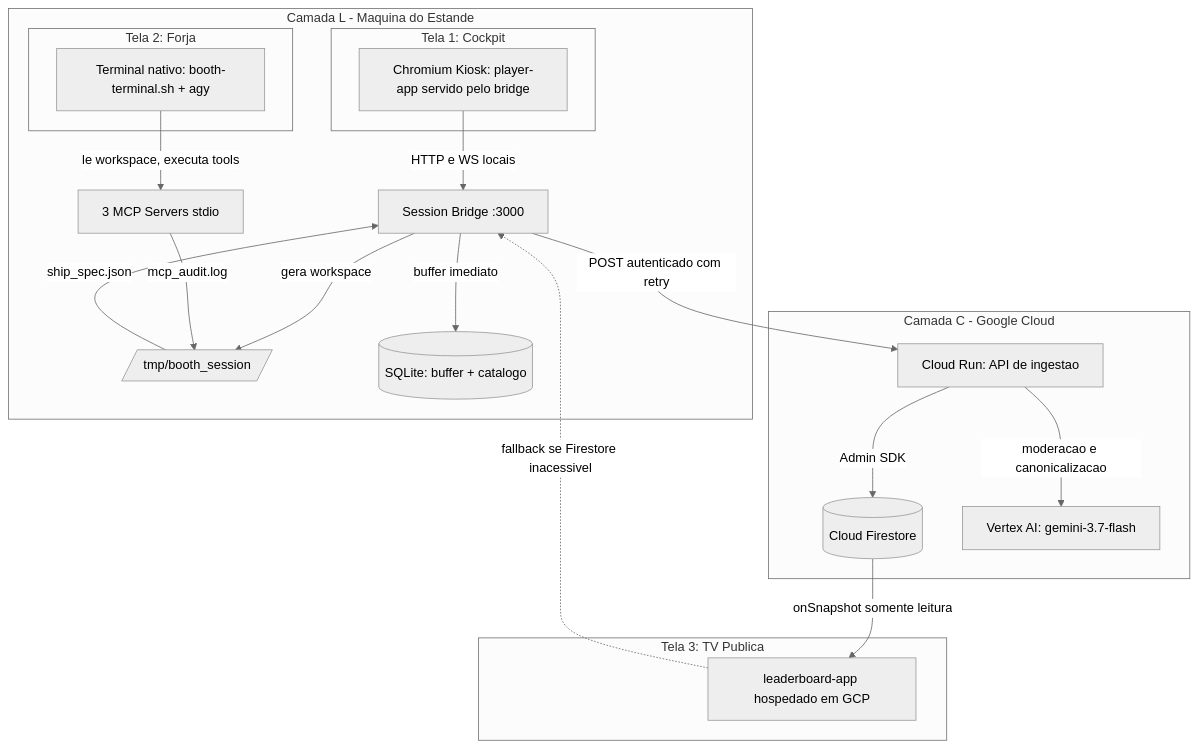
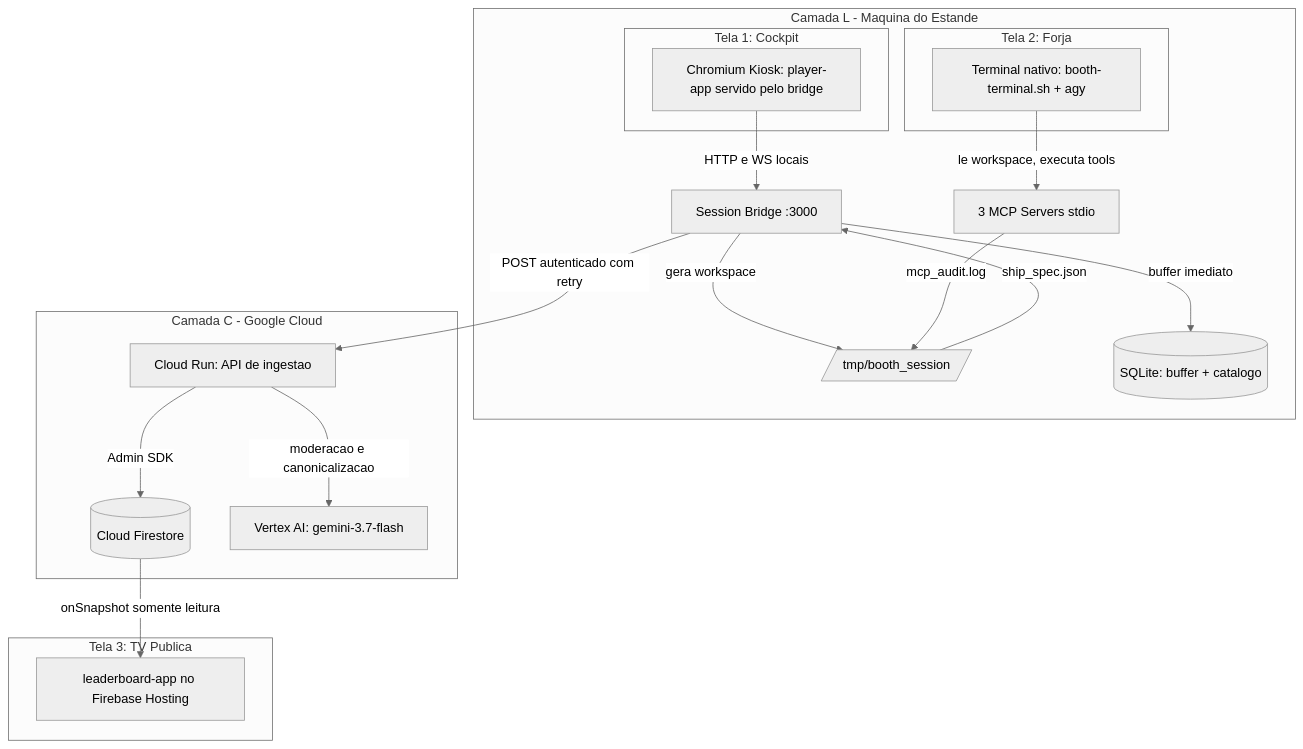
The diagram in specs/08_DEPLOYMENT_TOPOLOGY_AND_CLOUD_SPLIT.md (carlosmscabral/jogo-de-navinha-agy-summit-26), drawn with Mermaid (neutral theme) before and after one commit. The commit also changed other lines of this file and 8 other files, not shown here.

````diff
--- a/specs/08_DEPLOYMENT_TOPOLOGY_AND_CLOUD_SPLIT.md
+++ b/specs/08_DEPLOYMENT_TOPOLOGY_AND_CLOUD_SPLIT.md
@@ -70,37 +70,36 @@
 ```mermaid
 graph TD
     subgraph Booth [Camada L - Maquina do Estande]
         subgraph Display1 [Tela 1: Cockpit]
             KIOSK[Chromium Kiosk: player-app servido pelo bridge]
         end
         subgraph Display2 [Tela 2: Forja]
             TERM[Terminal nativo: booth-terminal.sh + agy]
         end
         BRIDGE[Session Bridge :3000]
         MCPS[3 MCP Servers stdio]
         WS[/tmp/booth_session/]
         SQLITE[(SQLite: buffer + catalogo)]
     end
 
     subgraph TV [Tela 3: TV Publica]
-        LEAD[leaderboard-app hospedado em GCP]
+        LEAD[leaderboard-app no Firebase Hosting]
     end
 
     subgraph GCP [Camada C - Google Cloud]
         RUN[Cloud Run: API de ingestao]
         FS[(Cloud Firestore)]
         VERTEX[Vertex AI: gemini-3.7-flash]
     end
 
     KIOSK -->|HTTP e WS locais| BRIDGE
     BRIDGE -->|gera workspace| WS
     TERM -->|le workspace, executa tools| MCPS
     MCPS -->|mcp_audit.log| WS
     WS -->|ship_spec.json| BRIDGE
     BRIDGE -->|buffer imediato| SQLITE
     BRIDGE -->|POST autenticado com retry| RUN
     RUN -->|Admin SDK| FS
     RUN -->|moderacao e canonicalizacao| VERTEX
     FS -->|onSnapshot somente leitura| LEAD
-    LEAD -.->|fallback se Firestore inacessivel| BRIDGE
 ```
````
